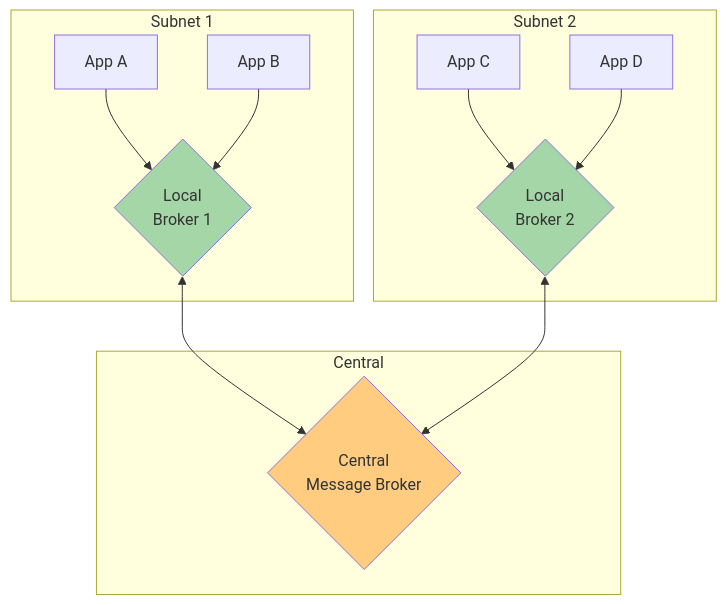
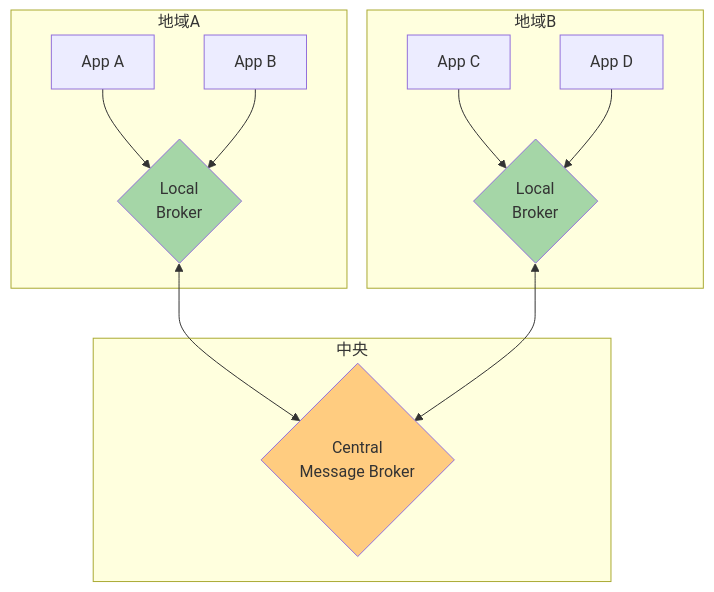
Before and after one commit to tomoikey/quartz: the seventh of 7 diagrams in content/programming/reactive_messaging_pattern/architectural-routers/message_broker.md, drawn with Mermaid. The commit also changed other lines of this file and 18 other files, not shown here.

````diff
--- a/content/programming/reactive_messaging_pattern/architectural-routers/message_broker.md
+++ b/content/programming/reactive_messaging_pattern/architectural-routers/message_broker.md
@@ -50,29 +251,29 @@
 ```mermaid
 graph TB
-    subgraph "Central"
+    subgraph "中央"
         CMB{Central<br/>Message Broker}
     end
 
-    subgraph "Subnet 1"
-        LB1{Local<br/>Broker 1}
+    subgraph "地域A"
+        LB1{Local<br/>Broker}
         S1A[App A]
         S1B[App B]
         S1A --> LB1
         S1B --> LB1
     end
 
-    subgraph "Subnet 2"
-        LB2{Local<br/>Broker 2}
+    subgraph "地域B"
+        LB2{Local<br/>Broker}
         S2A[App C]
         S2B[App D]
         S2A --> LB2
         S2B --> LB2
     end
 
     LB1 <--> CMB
     LB2 <--> CMB
 
     style CMB fill:#ffcc80
     style LB1 fill:#a5d6a7
     style LB2 fill:#a5d6a7
 ```
````
